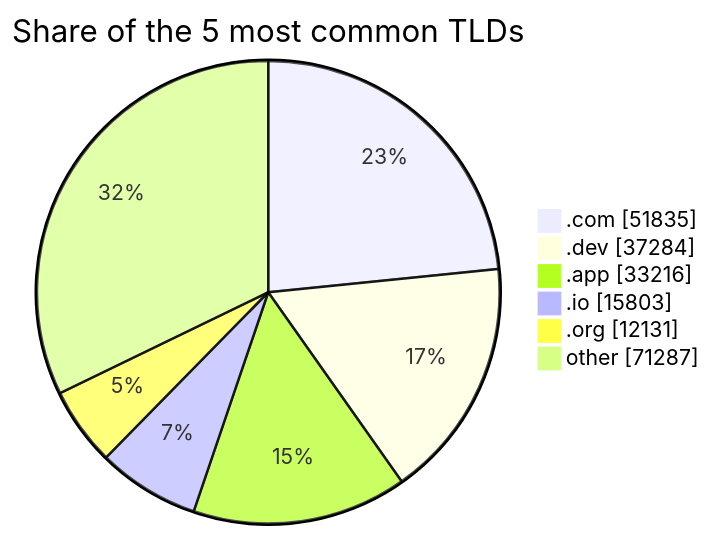
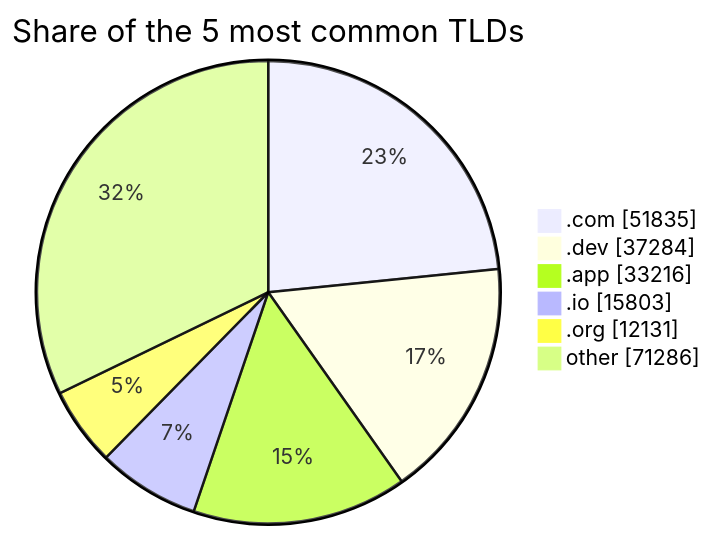
The second of 2 diagrams in README.md (DNSBunker/CTI), drawn with Mermaid before and after one commit. The commit also changed other lines of this file and 3 other files, not shown here.

````diff
--- a/README.md
+++ b/README.md
@@ -72,9 +72,9 @@
 ```mermaid
 pie showData title Share of the 5 most common TLDs
     ".com" : 51835
     ".dev" : 37284
     ".app" : 33216
     ".io" : 15803
     ".org" : 12131
-    "other" : 71287
+    "other" : 71286
 ```
````
